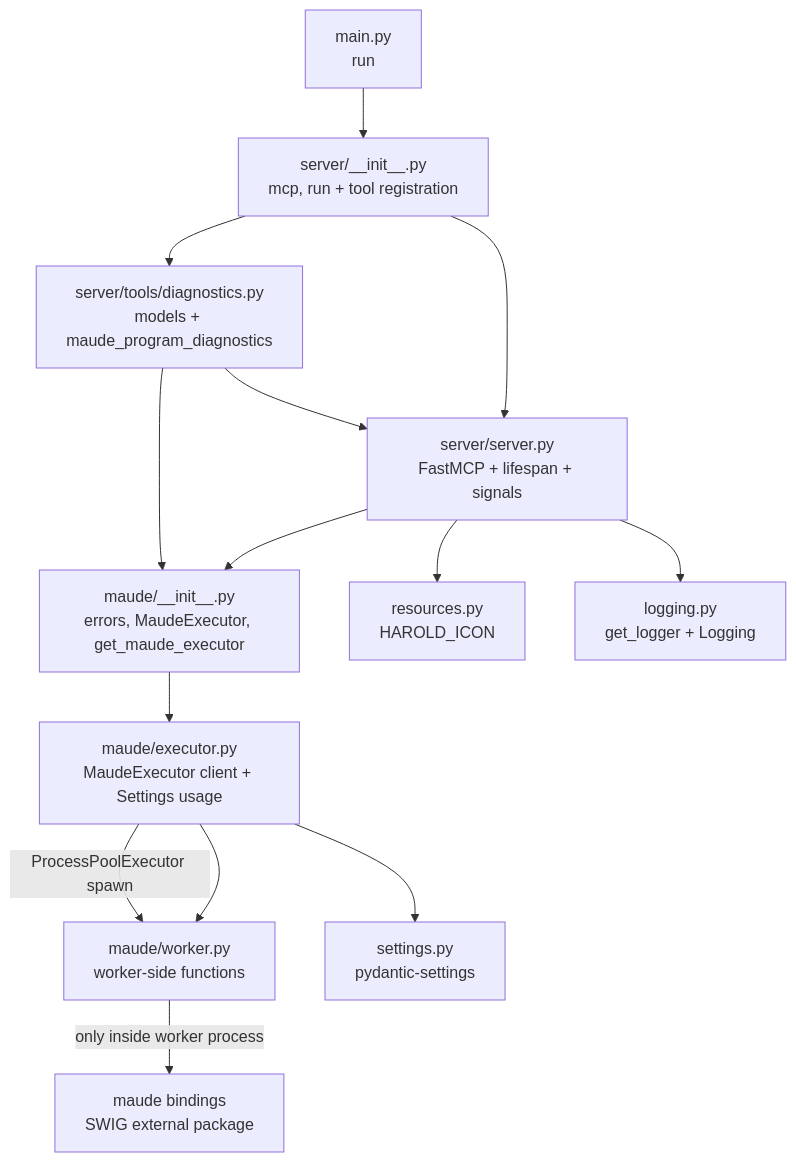
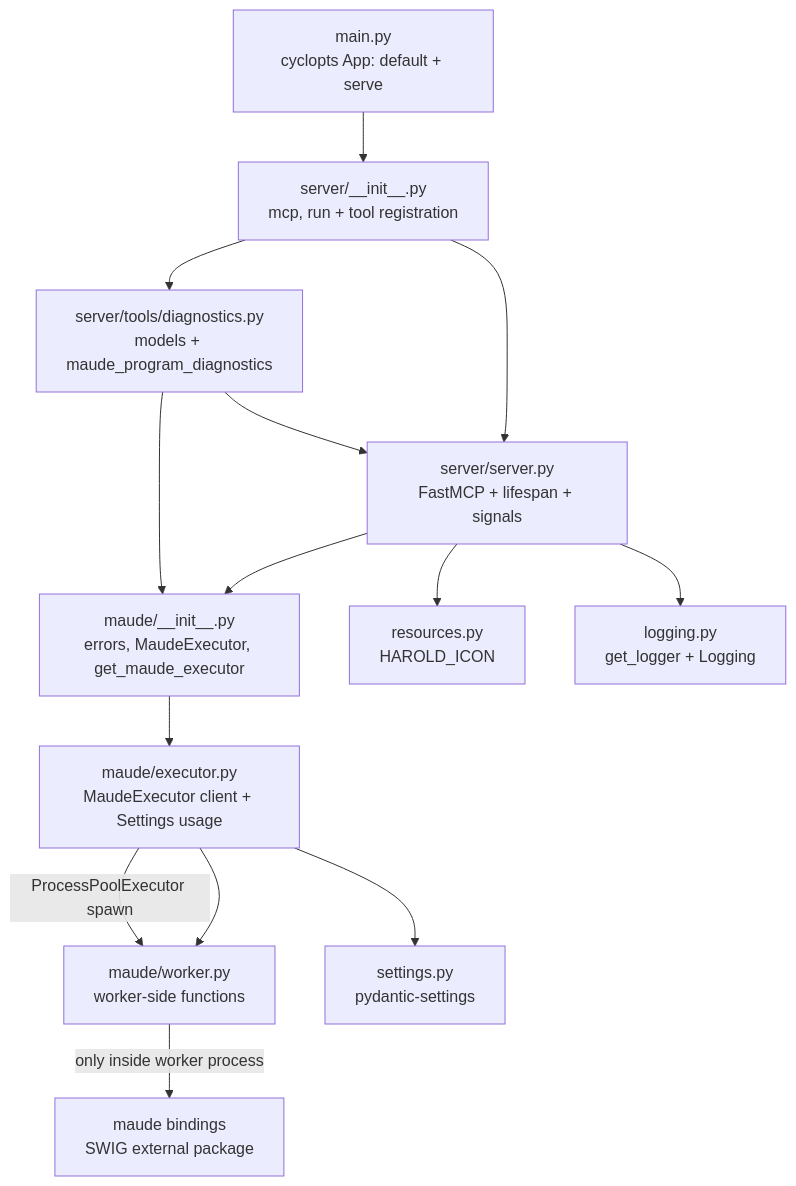
Before and after one commit to demiourgoi/Harold: the first of 2 diagrams in harold-mcp/.agents/summary/architecture.md, drawn with Mermaid. The commit also changed other lines of this file and 9 other files, not shown here.

````diff
--- a/harold-mcp/.agents/summary/architecture.md
+++ b/harold-mcp/.agents/summary/architecture.md
@@ -24,16 +24,16 @@
 ```mermaid
 graph TB
-    main[main.py<br>run] --> serverpkg[server/__init__.py<br>mcp, run + tool registration]
+    main[main.py<br>cyclopts App: default + serve] --> serverpkg[server/__init__.py<br>mcp, run + tool registration]
     serverpkg --> serversrv[server/server.py<br>FastMCP + lifespan + signals]
     serverpkg --> tools[server/tools/diagnostics.py<br>models + maude_program_diagnostics]
     serversrv --> maudepkg[maude/__init__.py<br>errors, MaudeExecutor, get_maude_executor]
     tools --> serversrv
     tools --> maudepkg
     maudepkg --> executor[maude/executor.py<br>MaudeExecutor client + Settings usage]
     executor --> worker[maude/worker.py<br>worker-side functions]
     executor --> settings[settings.py<br>pydantic-settings]
     worker -->|only inside worker process| maudebindings[maude bindings<br>SWIG external package]
     executor -->|ProcessPoolExecutor spawn| worker
     serversrv --> resources[resources.py<br>HAROLD_ICON]
     serversrv --> logging[logging.py<br>get_logger + Logging]
 ```
````
